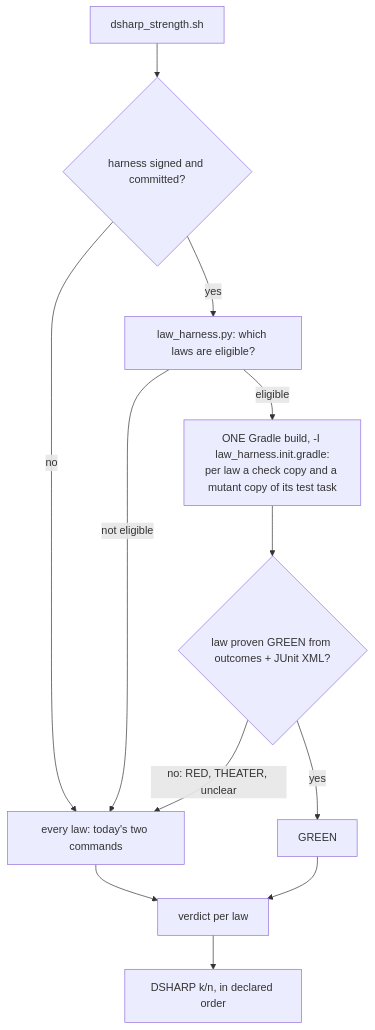
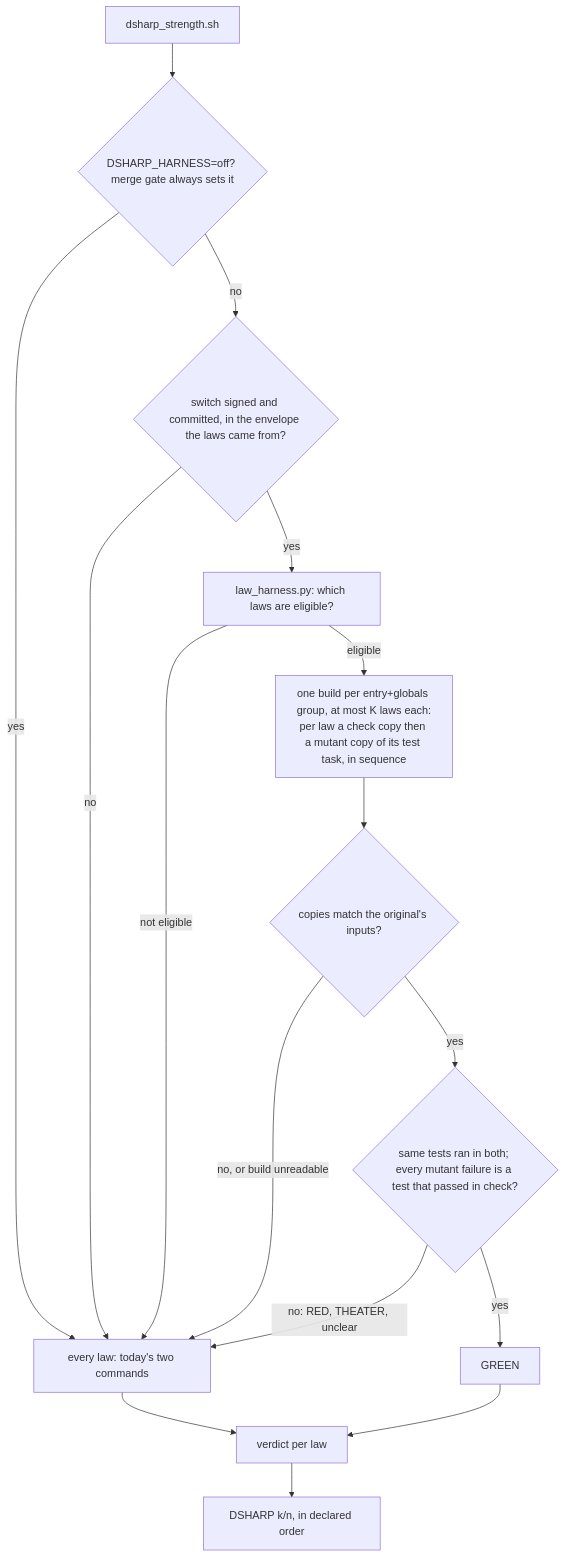
Before and after one commit to kadaluarsa/barbaric-driven-development: the second of 2 diagrams in docs/cascade/05b-t64-law-harness-jvm.md, drawn with Mermaid. The commit also changed other lines of this file and 1 other file, not shown here.

Commit message:
GENERATE 05b t64-law-harness-jvm: answer the critic (C1–C10 fixed), spec v2

````diff
--- a/docs/cascade/05b-t64-law-harness-jvm.md
+++ b/docs/cascade/05b-t64-law-harness-jvm.md
@@ -60,14 +75,18 @@
 ```mermaid
 flowchart TD
-  S[dsharp_strength.sh] --> G{harness signed and committed?}
-  G -->|no| OLD[every law: today's two commands]
+  S[dsharp_strength.sh] --> O{DSHARP_HARNESS=off? merge gate always sets it}
+  O -->|yes| OLD[every law: today's two commands]
+  O -->|no| G{switch signed and committed, in the envelope the laws came from?}
+  G -->|no| OLD
   G -->|yes| E[law_harness.py: which laws are eligible?]
-  E -->|eligible| H["ONE Gradle build, -I law_harness.init.gradle:<br/>per law a check copy and a mutant copy of its test task"]
   E -->|not eligible| OLD
-  H --> P{law proven GREEN from outcomes + JUnit XML?}
+  E -->|eligible| H["one build per entry+globals group, at most K laws each:<br/>per law a check copy then a mutant copy of its test task, in sequence"]
+  H --> F{copies match the original's inputs?}
+  F -->|no, or build unreadable| OLD
+  F -->|yes| P{same tests ran in both; every mutant failure is a test that passed in check?}
+  P -->|no: RED, THEATER, unclear| OLD
   P -->|yes| GREEN[GREEN]
-  P -->|no: RED, THEATER, unclear| OLD
   OLD --> V[verdict per law]
   GREEN --> V
   V --> K["DSHARP k/n, in declared order"]
 ```
````
